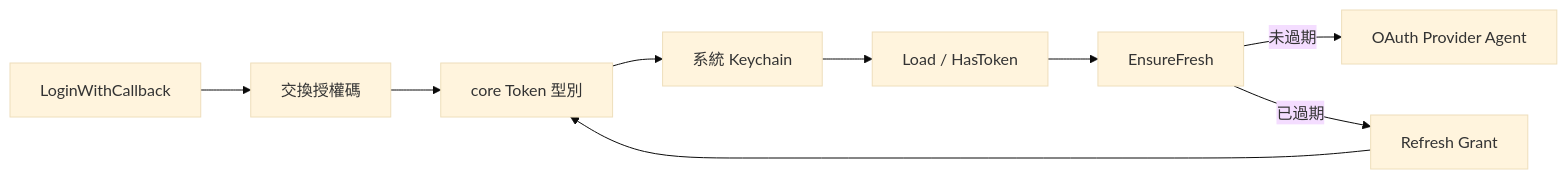
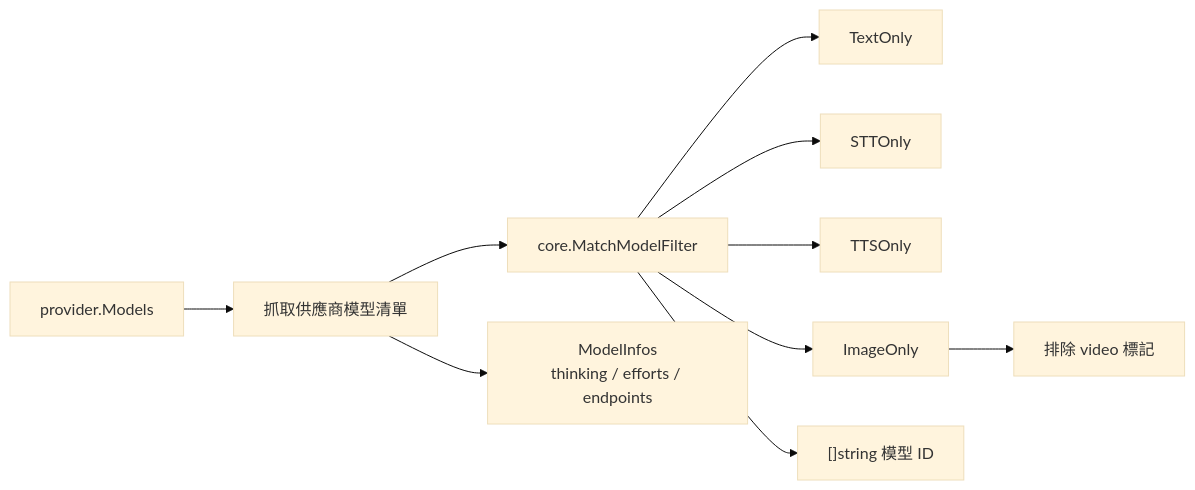
The eighth of 11 diagrams in doc/architecture.zh.md (pardnchiu/go-llm-router), drawn with Mermaid (base theme) before and after one commit. The commit also changed other lines of this file and 5 other files, not shown here.

Commit message:
doc: Rewrite documentation for the current router architecture

````diff
--- a/doc/architecture.zh.md
+++ b/doc/architecture.zh.md
@@ -288,16 +180,12 @@
 ```mermaid
 graph LR
-    Login[LoginWithCallback]
-    Exchange[交換授權碼]
-    Token[core Token 型別]
-    Store[系統 Keychain]
-    Load[Load / HasToken]
-    Fresh[EnsureFresh]
-    Refresh[Refresh Grant]
-    Provider[OAuth Provider Agent]
-
-    Login --> Exchange --> Token --> Store
-    Store --> Load --> Fresh
-    Fresh -->|未過期| Provider
-    Fresh -->|已過期| Refresh --> Token
+    Models[provider.Models] --> Fetch[抓取供應商模型清單]
+    Fetch --> Match[core.MatchModelFilter]
+    Match --> TextOnly[TextOnly]
+    Match --> STTOnly[STTOnly]
+    Match --> TTSOnly[TTSOnly]
+    Match --> ImageOnly[ImageOnly]
+    ImageOnly --> NoVideo[排除 video 標記]
+    Match --> IDs["[]string 模型 ID"]
+    Fetch --> Infos[ModelInfos<br/>thinking / efforts / endpoints]
 ```
````
